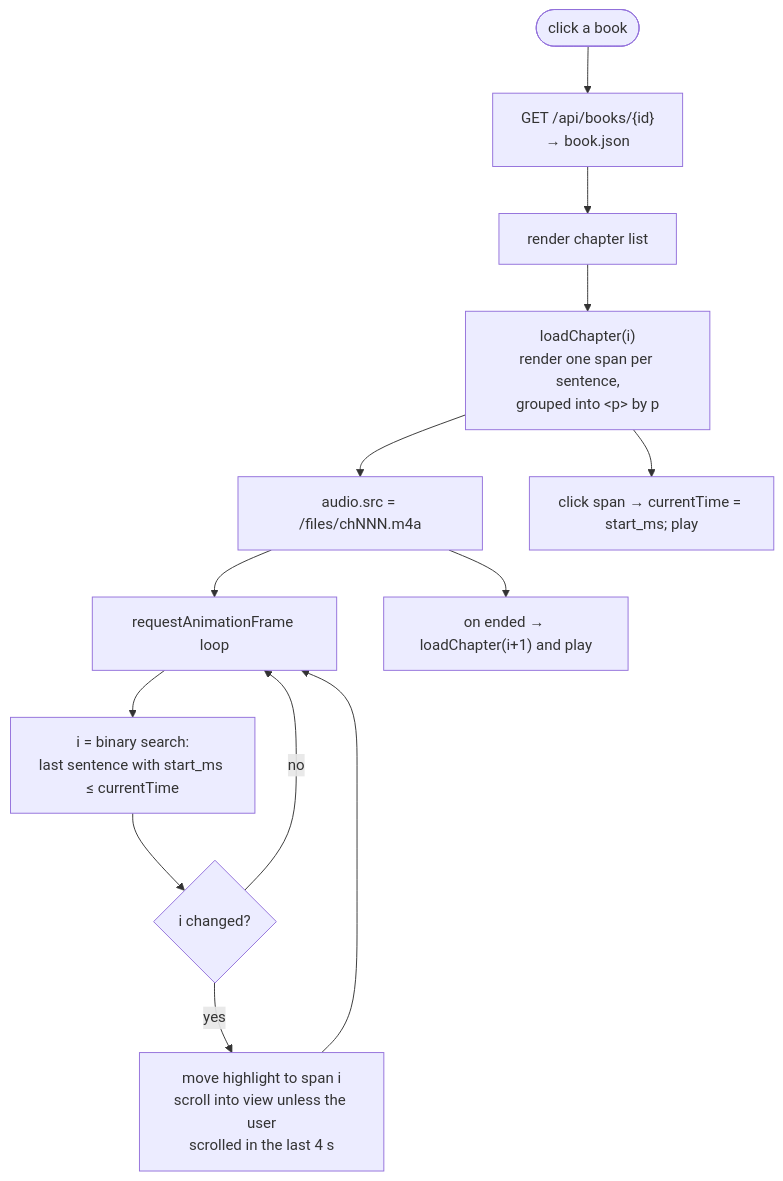
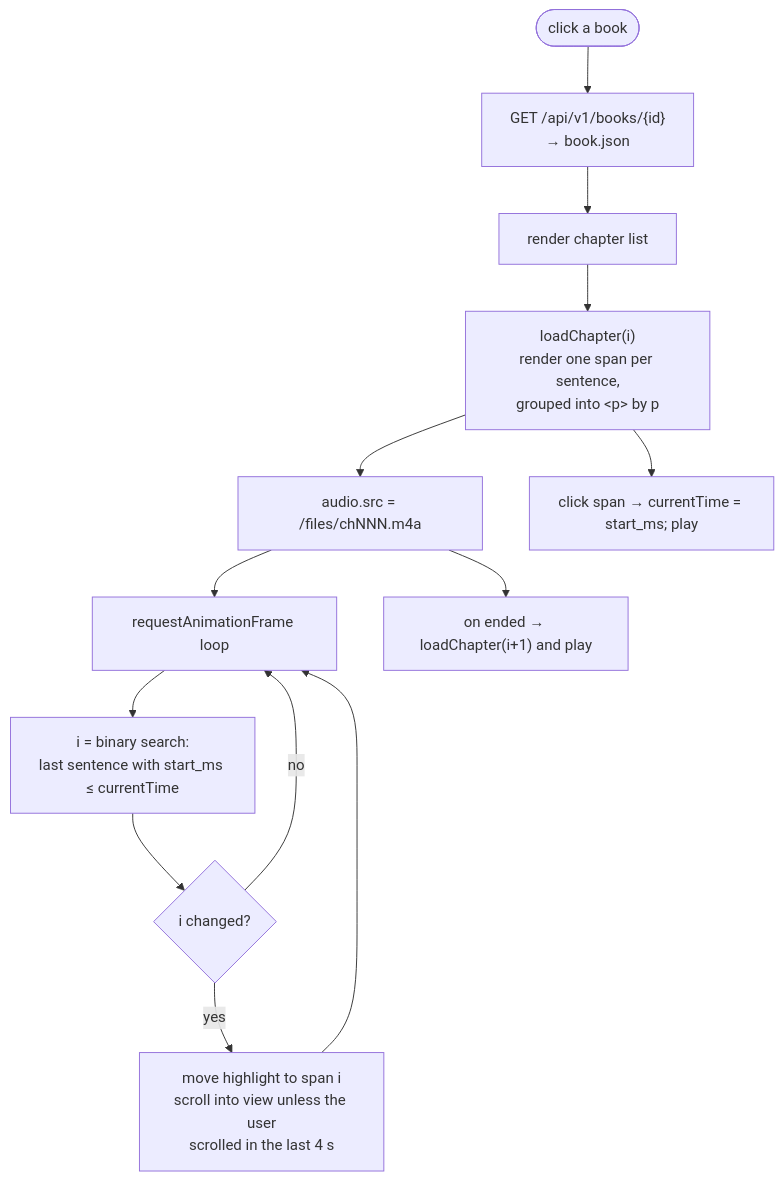
One commit to Fgkl10/ebook-convert-to-audio changed the seventh of 8 diagrams in desktop/docs/workflow.md. Above: the diagram before and after it, drawn with Mermaid. The commit also changed other lines of this file and 14 other files, not shown here.

First line of the commit message:
Separate backend, JSON API v1 and web page in one server (D-032)

````diff
--- a/desktop/docs/workflow.md
+++ b/desktop/docs/workflow.md
@@ -188,15 +189,15 @@
 ```mermaid
 flowchart TD
-    A([click a book]) --> B["GET /api/books/{id}<br/>→ book.json"]
+    A([click a book]) --> B["GET /api/v1/books/{id}<br/>→ book.json"]
     B --> C["render chapter list"]
     C --> D["loadChapter(i)<br/>render one span per sentence,<br/>grouped into &lt;p&gt; by p"]
     D --> E["audio.src = /files/chNNN.m4a"]
     E --> F["requestAnimationFrame loop"]
     F --> G["i = binary search:<br/>last sentence with start_ms ≤ currentTime"]
     G --> H{i changed?}
     H -- yes --> I["move highlight to span i<br/>scroll into view unless the user<br/>scrolled in the last 4 s"]
     H -- no --> F
     I --> F
     D --> J["click span → currentTime = start_ms; play"]
     E --> K["on ended → loadChapter(i+1) and play"]
 ```
````
